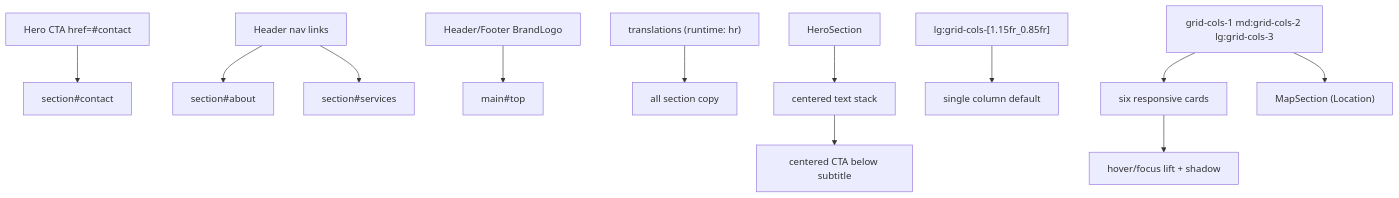
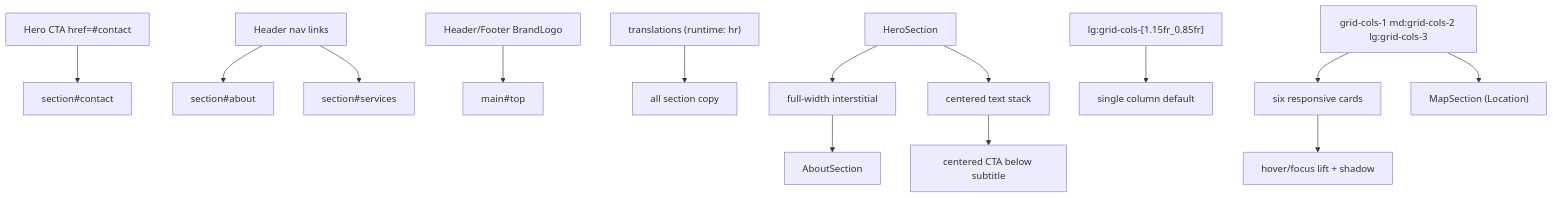
The diagram in lode/ui/home-main-content.md (ipavic933-spec/website-pavic), drawn with Mermaid before and after one commit. The commit also changed other lines of this file and 9 other files, not shown here.

````diff
--- a/lode/ui/home-main-content.md
+++ b/lode/ui/home-main-content.md
@@ -11,14 +11,16 @@
 ```mermaid
 flowchart TD
   HeroCTA["Hero CTA href=#contact"] --> ContactId["section#contact"]
   HeaderNav["Header nav links"] --> AboutId["section#about"]
   HeaderNav --> ServicesId["section#services"]
   BrandLogo["Header/Footer BrandLogo"] --> TopId["main#top"]
   I18n["translations (runtime: hr)"] --> Sections["all section copy"]
+  HeroSection --> HighlightBanner["full-width interstitial"]
+  HighlightBanner --> AboutSection
   HeroSection --> HeroStack["centered text stack"]
   HeroStack --> CtaButton["centered CTA below subtitle"]
   AboutDesktop["lg:grid-cols-[1.15fr_0.85fr]"] --> AboutMobile["single column default"]
   Services["grid-cols-1 md:grid-cols-2 lg:grid-cols-3"] --> ServiceCards["six responsive cards"]
   ServiceCards --> CardHover["hover/focus lift + shadow"]
   Services --> Map["MapSection (Location)"]
 ```
````
